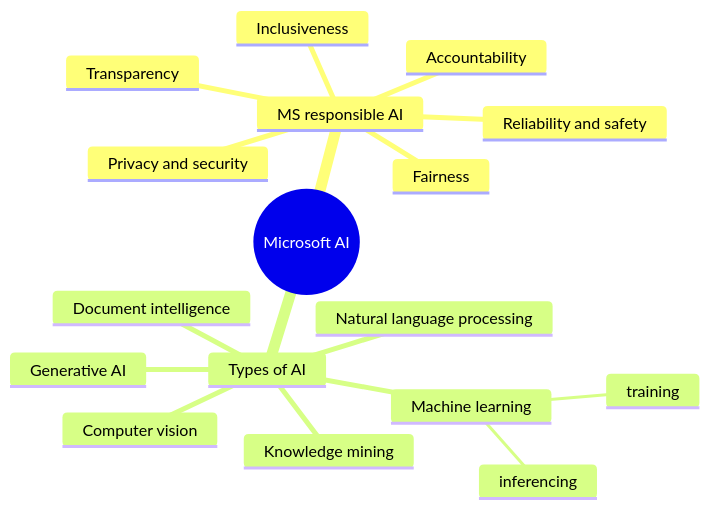
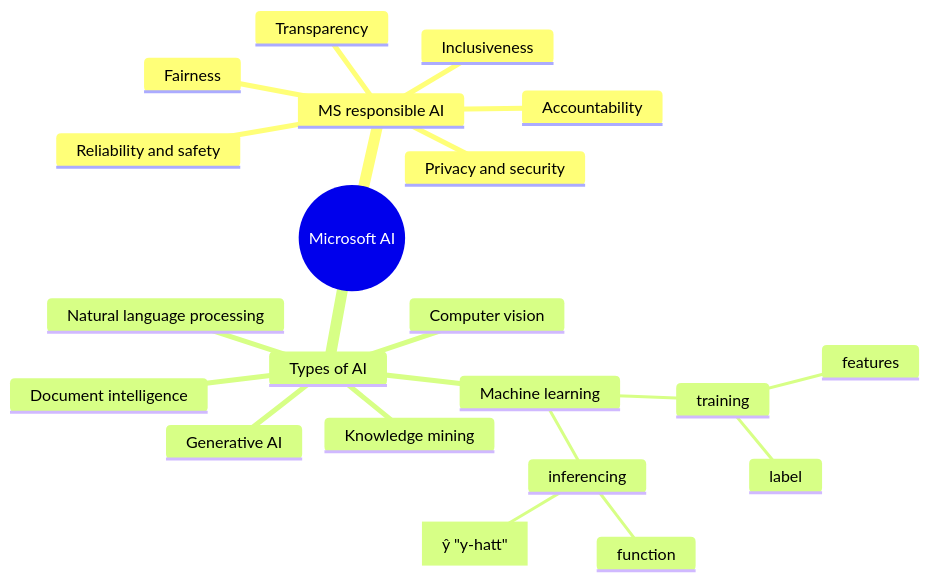
Before and after one commit to gitstua/Mindmaps: the diagram in azure-ai-fundamentals.md, drawn with Mermaid.

````diff
--- a/azure-ai-fundamentals.md
+++ b/azure-ai-fundamentals.md
@@ -5,21 +5,25 @@
 ```mermaid
 mindmap
   root((Microsoft AI))
     MS responsible AI
       Fairness
       Reliability and safety
       Privacy and security
       Inclusiveness
       Transparency
       Accountability  
     Types of AI
       Machine learning
         training
+          features
+          label
         inferencing
+          function
+          [ŷ "y-hatt"]
       Computer vision
       Natural language processing
       Document intelligence
       Knowledge mining
       Generative AI
       
 ```
````
